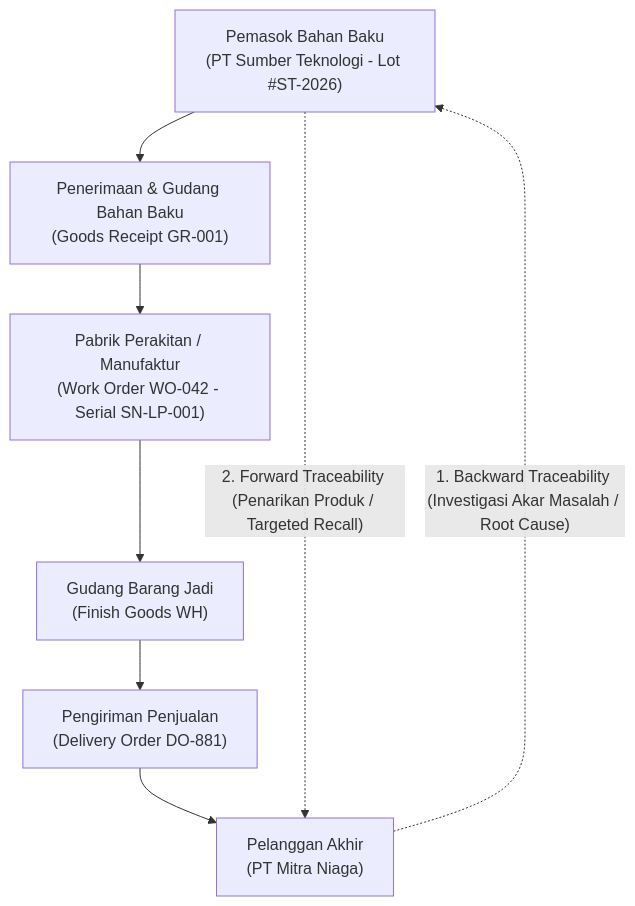
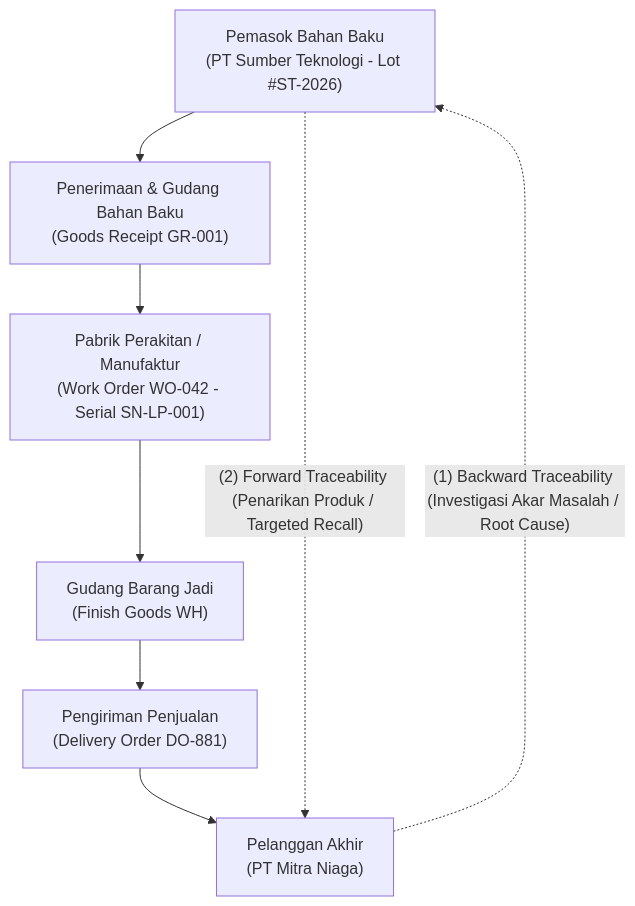
The first of 2 diagrams in content/05-inventory/lot-and-serial-number-tracking.md (alimurrofid/erp-notes), drawn with Mermaid before and after one commit. The commit also changed 132 other files, not shown here.

````diff
--- a/content/05-inventory/lot-and-serial-number-tracking.md
+++ b/content/05-inventory/lot-and-serial-number-tracking.md
@@ -40,12 +40,12 @@
 ```mermaid
 flowchart TD
     Supplier["Pemasok Bahan Baku<br/>(PT Sumber Teknologi - Lot #ST-2026)"]
     --> Inbound["Penerimaan & Gudang Bahan Baku<br/>(Goods Receipt GR-001)"]
     --> Production["Pabrik Perakitan / Manufaktur<br/>(Work Order WO-042 - Serial SN-LP-001)"]
     --> Warehouse["Gudang Barang Jadi<br/>(Finish Goods WH)"]
     --> Outbound["Pengiriman Penjualan<br/>(Delivery Order DO-881)"]
     --> Customer["Pelanggan Akhir<br/>(PT Mitra Niaga)"]
 
-    Customer -.->|"1. Backward Traceability (Investigasi Akar Masalah / Root Cause)"| Supplier
-    Supplier -.->|"2. Forward Traceability (Penarikan Produk / Targeted Recall)"| Customer
+    Customer -.->|"(1) Backward Traceability (Investigasi Akar Masalah / Root Cause)"| Supplier
+    Supplier -.->|"(2) Forward Traceability (Penarikan Produk / Targeted Recall)"| Customer
 ```
````
